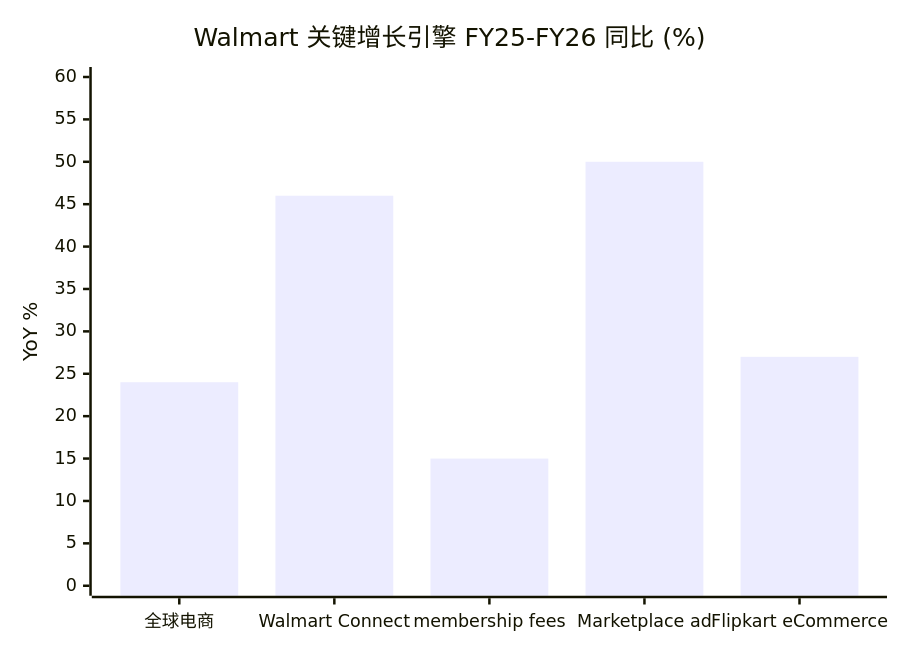
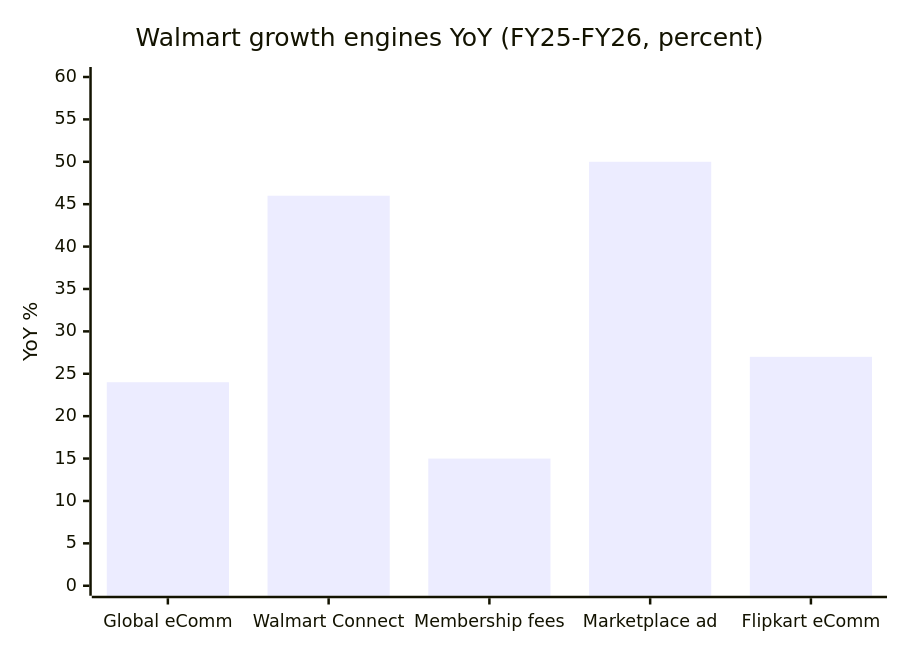
Before and after one commit to dadachundan/financial_agent: the eighth of 8 diagrams in reports/company/Walmart_NYSE_WMT/Walmart_NYSE_WMT_公司研究.md, drawn with Mermaid. The commit also changed other lines of this file and 14 other files, not shown here.

````diff
--- a/reports/company/Walmart_NYSE_WMT/Walmart_NYSE_WMT_公司研究.md
+++ b/reports/company/Walmart_NYSE_WMT/Walmart_NYSE_WMT_公司研究.md
@@ -309,7 +468,7 @@
 ```mermaid
 xychart-beta
-  title "Walmart 关键增长引擎 FY25-FY26 同比 (%)"
-  x-axis ["全球电商","Walmart Connect","membership fees","Marketplace ad","Flipkart eCommerce"]
+  title "Walmart growth engines YoY (FY25-FY26, percent)"
+  x-axis ["Global eComm","Walmart Connect","Membership fees","Marketplace ad","Flipkart eComm"]
   y-axis "YoY %" 0 --> 60
   bar [24, 46, 15, 50, 27]
 ```
````
